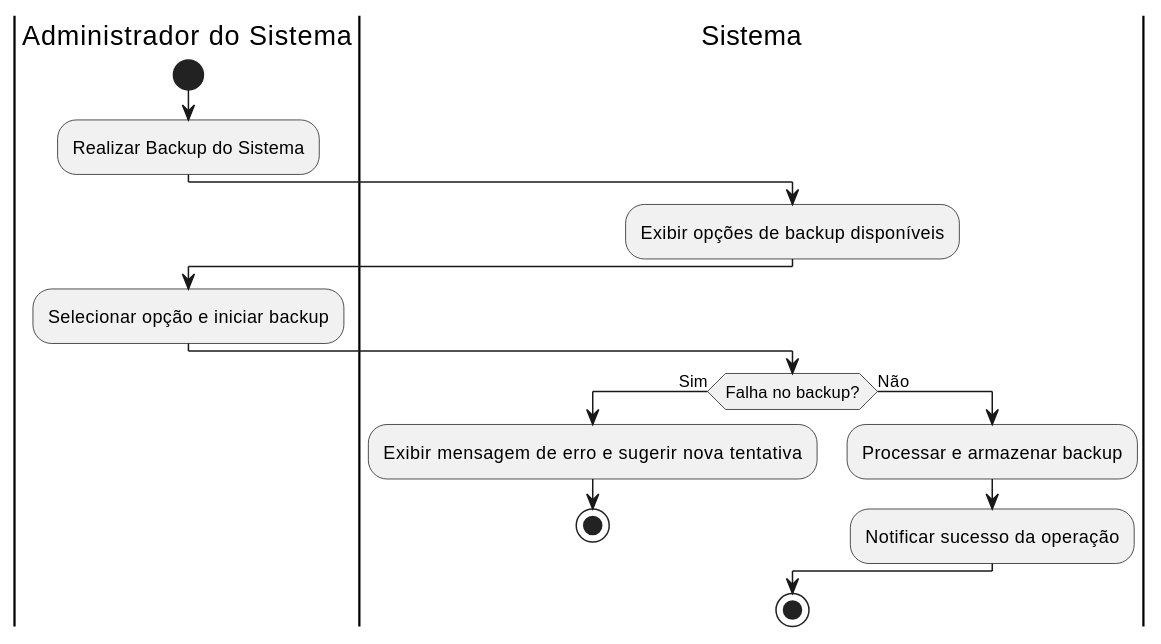
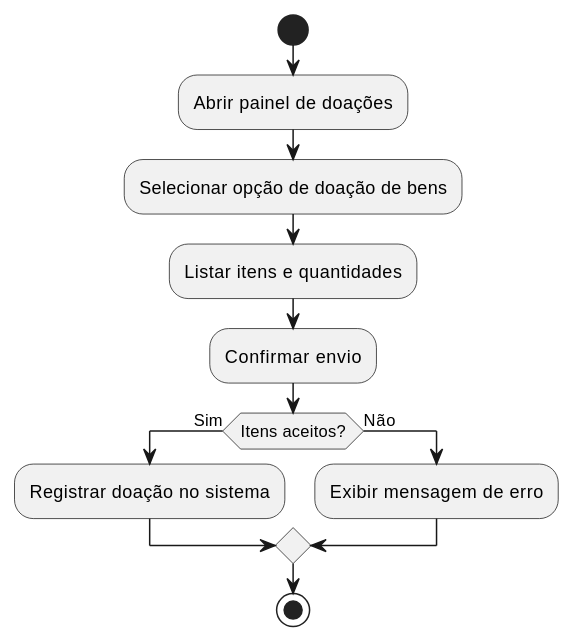
Diagram 16 of 16 in aps/specs/diagrama-de-atividades/uml_diagrama_atividades.md (agu3des/CommunityLink), drawn with PlantUML before and after one commit. The commit also changed other lines of this file and 28 other files, not shown here.

```diff
--- a/aps/specs/diagrama-de-atividades/uml_diagrama_atividades.md
+++ b/aps/specs/diagrama-de-atividades/uml_diagrama_atividades.md
@@ -405,18 +396,13 @@
 @startuml
-|Administrador do Sistema|
 start
-:Realizar Backup do Sistema;
-|Sistema|
-:Exibir opções de backup disponíveis;
-|Administrador do Sistema|
-:Selecionar opção e iniciar backup;
-|Sistema|
-if (Falha no backup?) then (Sim)
-    :Exibir mensagem de erro e sugerir nova tentativa;
-    stop
+:Abrir painel de doações;
+:Selecionar opção de doação de bens;
+:Listar itens e quantidades;
+:Confirmar envio;
+if (Itens aceitos?) then (Sim)
+    :Registrar doação no sistema;
 else (Não)
-    :Processar e armazenar backup;
-    :Notificar sucesso da operação;
+    :Exibir mensagem de erro;
 endif
 stop
 @enduml
```
